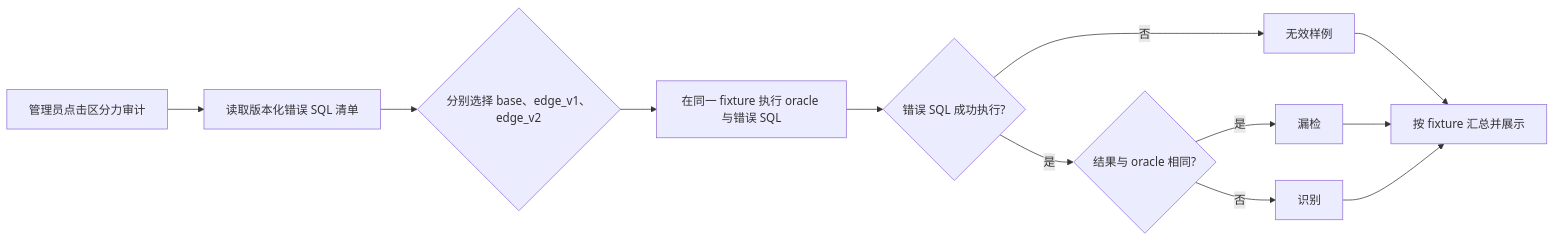
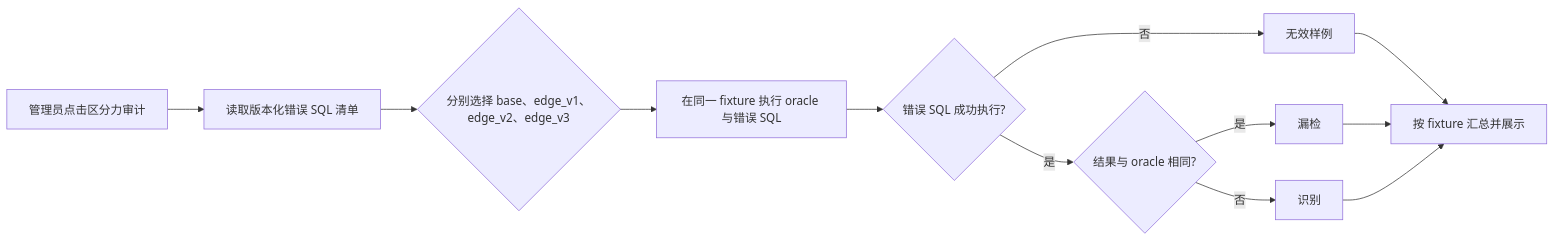
Before and after one commit to judai777/askdata_studio: the third of 6 diagrams in docs/evaluation-architecture.md, drawn with Mermaid. The commit also changed other lines of this file and 17 other files, not shown here.

````diff
--- a/docs/evaluation-architecture.md
+++ b/docs/evaluation-architecture.md
@@ -136,14 +137,14 @@
 ```mermaid
 flowchart LR
     A[管理员点击区分力审计] --> B[读取版本化错误 SQL 清单]
-    B --> C{分别选择 base、edge_v1、edge_v2}
+    B --> C{分别选择 base、edge_v1、edge_v2、edge_v3}
     C --> D[在同一 fixture 执行 oracle 与错误 SQL]
     D --> E{错误 SQL 成功执行?}
     E -->|否| F[无效样例]
     E -->|是| G{结果与 oracle 相同?}
     G -->|是| H[漏检]
     G -->|否| I[识别]
     F --> J[按 fixture 汇总并展示]
     H --> J
     I --> J
 ```
````
